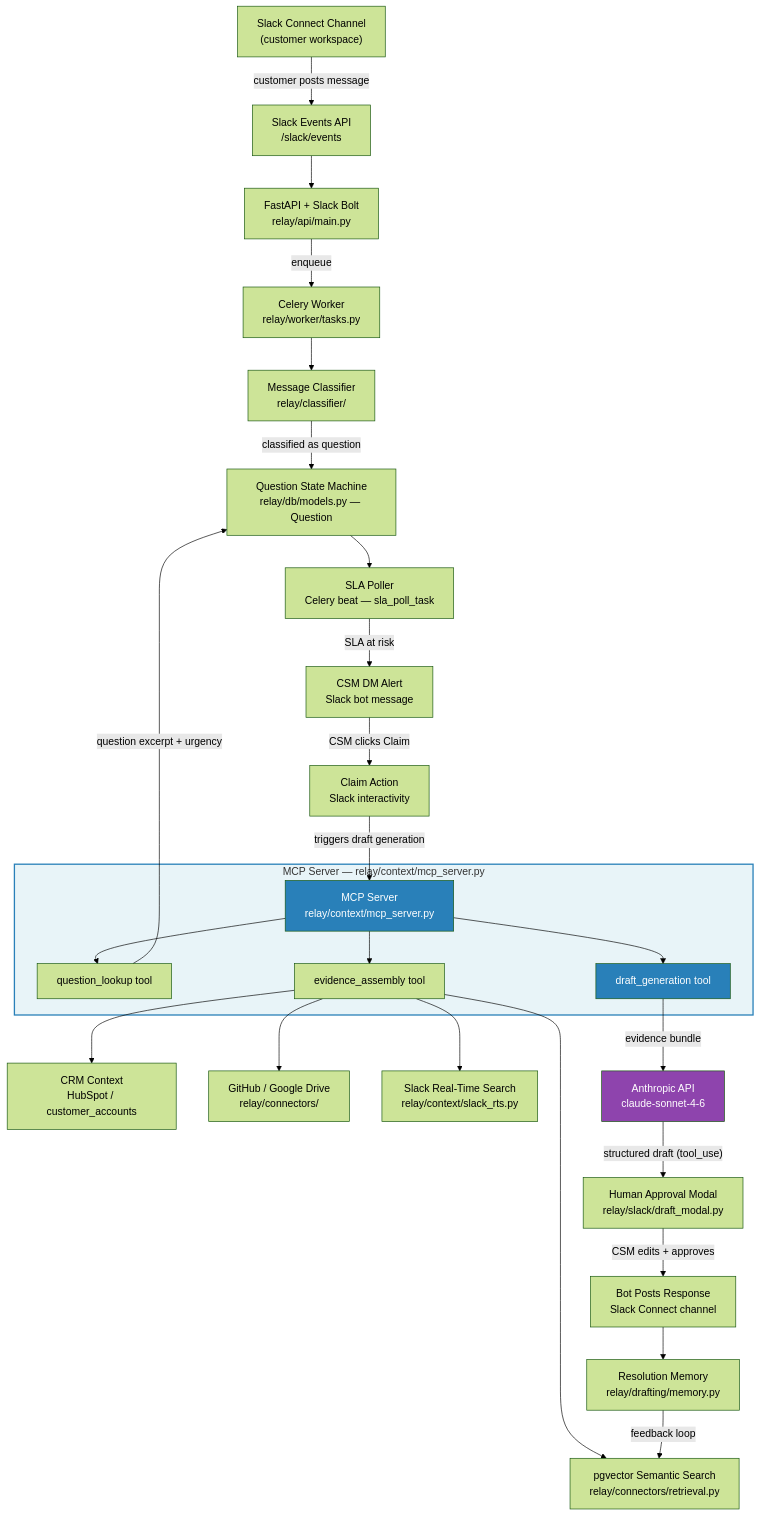
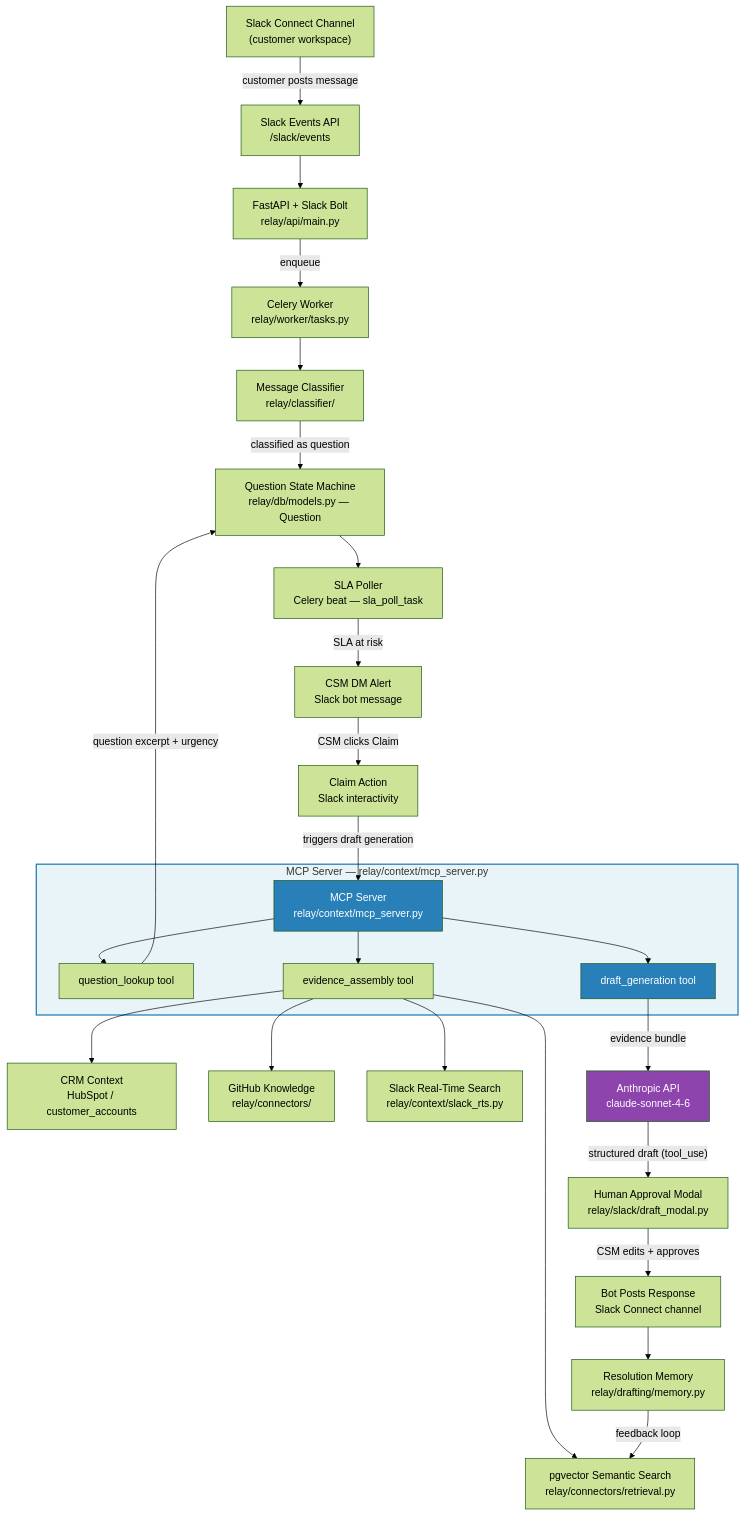
Before and after one commit to slindelow/relay-slack-agent: the diagram in docs/architecture.md, drawn with Mermaid (forest theme). The commit also changed other lines of this file and 12 other files, not shown here.

````diff
--- a/docs/architecture.md
+++ b/docs/architecture.md
@@ -5,57 +5,57 @@
 ```mermaid
 flowchart TD
     A["Slack Connect Channel\n(customer workspace)"]
     B["Slack Events API\n/slack/events"]
     C["FastAPI + Slack Bolt\nrelay/api/main.py"]
     D["Celery Worker\nrelay/worker/tasks.py"]
     E["Message Classifier\nrelay/classifier/"]
     F["Question State Machine\nrelay/db/models.py — Question"]
     G["SLA Poller\nCelery beat — sla_poll_task"]
     H["CSM DM Alert\nSlack bot message"]
     I["Claim Action\nSlack interactivity"]
     J["MCP Server\nrelay/context/mcp_server.py"]
     K["question_lookup tool"]
     L["evidence_assembly tool"]
     M["draft_generation tool"]
     N["pgvector Semantic Search\nrelay/connectors/retrieval.py"]
     O["CRM Context\nHubSpot / customer_accounts"]
-    P["GitHub / Google Drive\nrelay/connectors/"]
+    P["GitHub Knowledge\nrelay/connectors/"]
     Q["Slack Real-Time Search\nrelay/context/slack_rts.py"]
     R["Anthropic API\nclaude-sonnet-4-6"]
     S["Human Approval Modal\nrelay/slack/draft_modal.py"]
     T["Bot Posts Response\nSlack Connect channel"]
     U["Resolution Memory\nrelay/drafting/memory.py"]
 
     A -->|"customer posts message"| B
     B --> C
     C -->|"enqueue"| D
     D --> E
     E -->|"classified as question"| F
     F --> G
     G -->|"SLA at risk"| H
     H -->|"CSM clicks Claim"| I
     I -->|"triggers draft generation"| J
 
     subgraph MCP["MCP Server — relay/context/mcp_server.py"]
         J --> K
         J --> L
         J --> M
     end
 
     K -->|"question excerpt + urgency"| F
     L --> N
     L --> O
     L --> P
     L --> Q
     M -->|"evidence bundle"| R
     R -->|"structured draft (tool_use)"| S
 
     S -->|"CSM edits + approves"| T
     T --> U
     U -->|"feedback loop"| N
 
     style MCP fill:#e8f4f8,stroke:#2980b9,stroke-width:2px
     style J fill:#2980b9,color:#fff
     style M fill:#2980b9,color:#fff
     style R fill:#8e44ad,color:#fff
 ```
````
